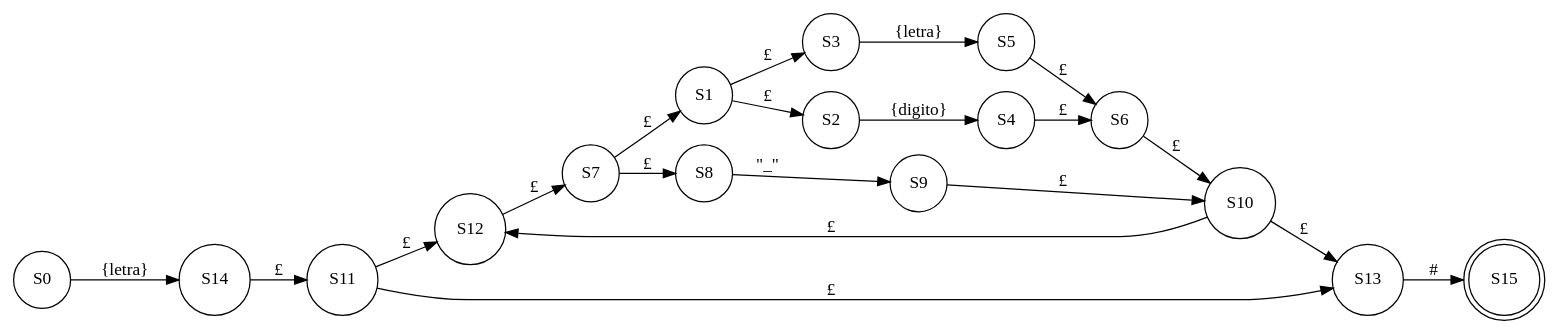
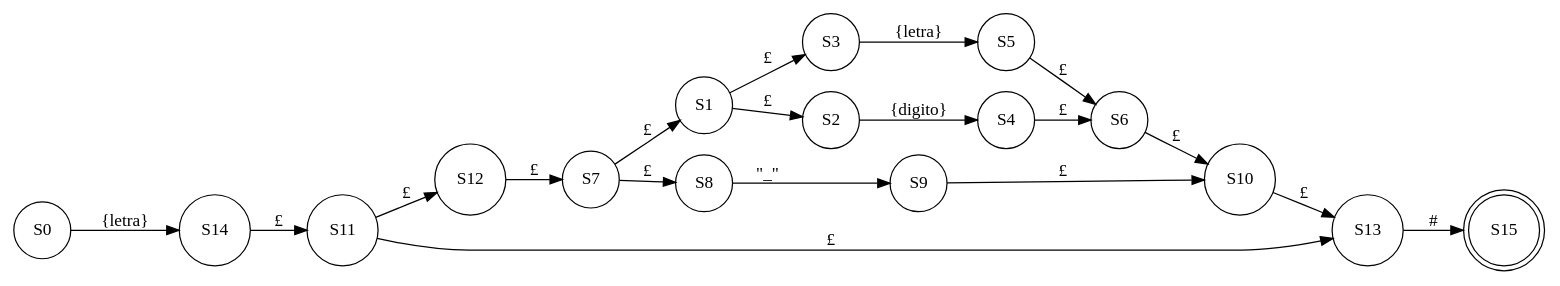
The diagram in Proyecto1_COMPI1/REPORTES/AFND_202000166/ExpReg1.dot (Gerson7w7/COMPI1_Proyecto1_202000166), drawn with Graphviz before and after one commit. The commit also changed 49 other files, not shown here.

```diff
--- a/Proyecto1_COMPI1/REPORTES/AFND_202000166/ExpReg1.dot
+++ b/Proyecto1_COMPI1/REPORTES/AFND_202000166/ExpReg1.dot
@@ -1,40 +1,39 @@
 digraph afn {
 rankdir=LR
 S0[shape="circle"]
 S14[shape="circle"]
 S11[shape="circle"]
 S12[shape="circle"]
 S7[shape="circle"]
 S1[shape="circle"]
 S3[shape="circle"]
 S5[shape="circle"]
 S6[shape="circle"]
 S10[shape="circle"]
 S13[shape="circle"]
 S15[shape="doublecircle"];
 S2[shape="circle"]
 S4[shape="circle"]
 S8[shape="circle"]
 S9[shape="circle"]
 
 S0->S14 [label="{letra}"]
 S14->S11 [label="£"]
 S11->S12 [label="£"]
 S11->S13 [label="£"]
 S12->S7 [label="£"]
 S7->S1 [label="£"]
 S7->S8 [label="£"]
 S1->S3 [label="£"]
 S1->S2 [label="£"]
 S3->S5 [label="{letra}"]
 S5->S6 [label="£"]
 S6->S10 [label="£"]
-S10->S12 [label="£"]
 S10->S13 [label="£"]
 S13->S15 [label="#"]
 S2->S4 [label="{digito}"]
 S4->S6 [label="£"]
 S8->S9 [label="\"_\""]
 S9->S10 [label="£"]
 
 }
```
